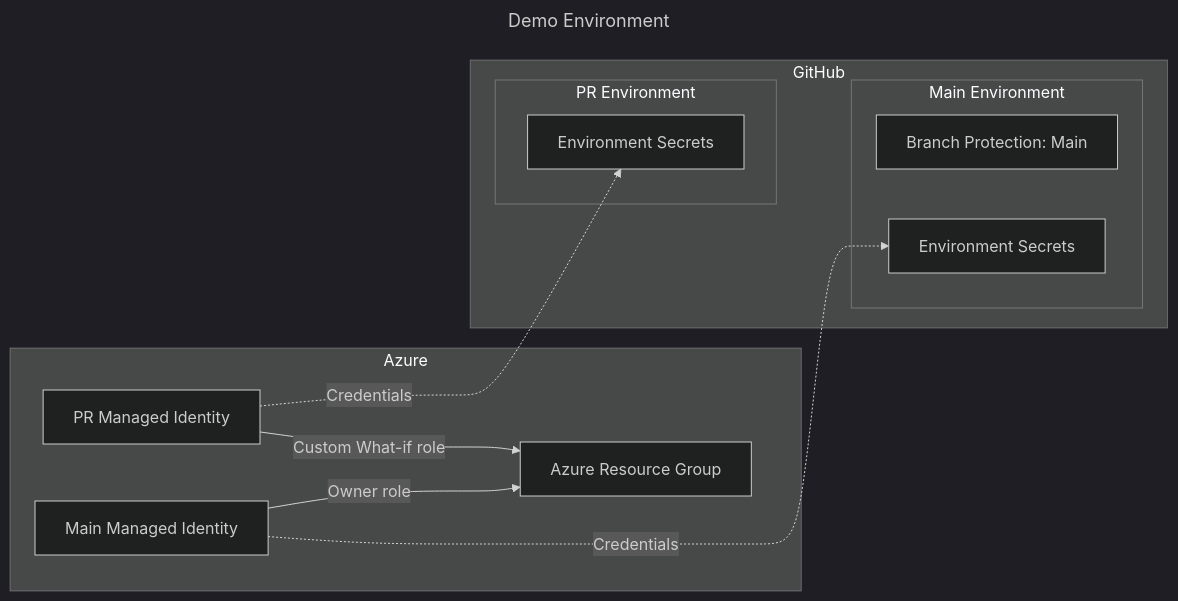
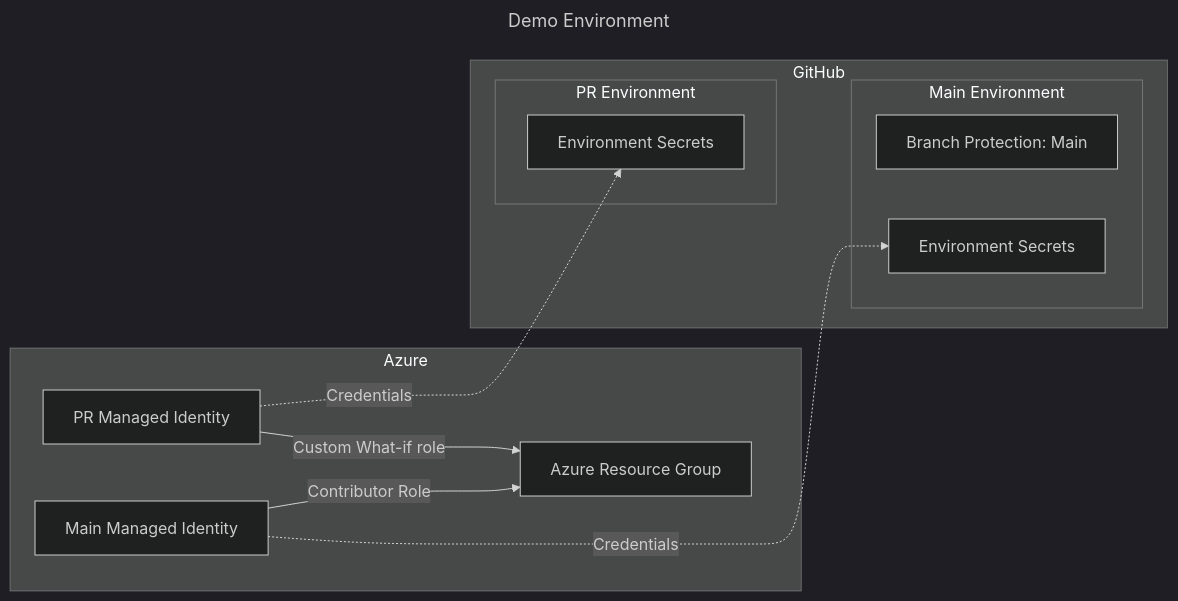
Before and after one commit to matsest/bicep-deploy-whatif-without-write-demo: the diagram in README.md, drawn with Mermaid (dark theme). The commit also changed other lines of this file, not shown here.

````diff
--- a/README.md
+++ b/README.md
@@ -40,26 +40,26 @@
 ```mermaid
 ---
 title: Demo Environment
 ---
 flowchart LR;
     subgraph Azure;
         Reader["PR Managed Identity"]--Custom What-if role-->RG["Azure Resource Group"];
-        Deployer["Main Managed Identity"]--Owner role-->RG;
+        Deployer["Main Managed Identity"]--Contributor Role-->RG;
     end;
 
     subgraph GitHub;
 
     subgraph GitHubPR["PR Environment"];
         prSecrets["Environment Secrets"];
         Reader-. Credentials .->prSecrets;
     end;
 
     subgraph GitHubMain["Main Environment"];
         mainBranch["Branch Protection: Main"];
         mainSecrets["Environment Secrets"];
         Deployer-. Credentials .->mainSecrets;
     end;
 
     GitHubPR ~~~ GitHubMain;
     end;
 ```
````
